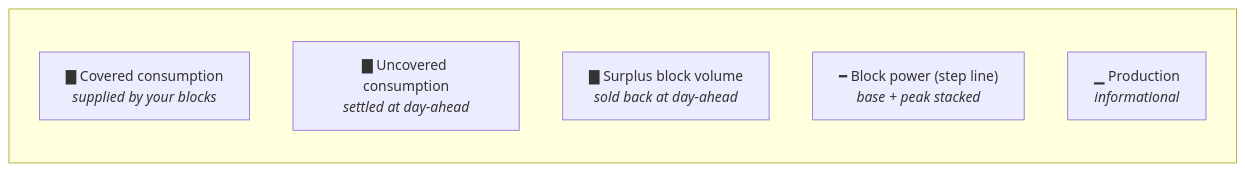
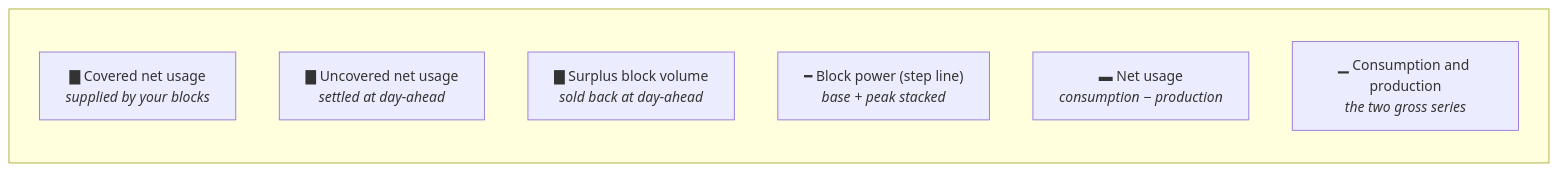
Before and after one commit to lukastosic-ifd/peakpowerspecs: the diagram in specs/10-features/F03-consumption-visualisation.md, drawn with Mermaid. The commit also changed other lines of this file and 43 other files, not shown here.

````diff
--- a/specs/10-features/F03-consumption-visualisation.md
+++ b/specs/10-features/F03-consumption-visualisation.md
@@ -93,11 +105,12 @@
 ```mermaid
 flowchart LR
     subgraph legend[" "]
         direction TB
-        A["▇ Covered consumption<br/><i>supplied by your blocks</i>"]
-        B["▇ Uncovered consumption<br/><i>settled at day-ahead</i>"]
+        A["▇ Covered net usage<br/><i>supplied by your blocks</i>"]
+        B["▇ Uncovered net usage<br/><i>settled at day-ahead</i>"]
         C["▇ Surplus block volume<br/><i>sold back at day-ahead</i>"]
         D["━ Block power (step line)<br/><i>base + peak stacked</i>"]
-        E["▁ Production<br/><i>informational</i>"]
+        E["▬ Net usage<br/><i>consumption − production</i>"]
+        F["▁ Consumption and production<br/><i>the two gross series</i>"]
     end
 ```
````
